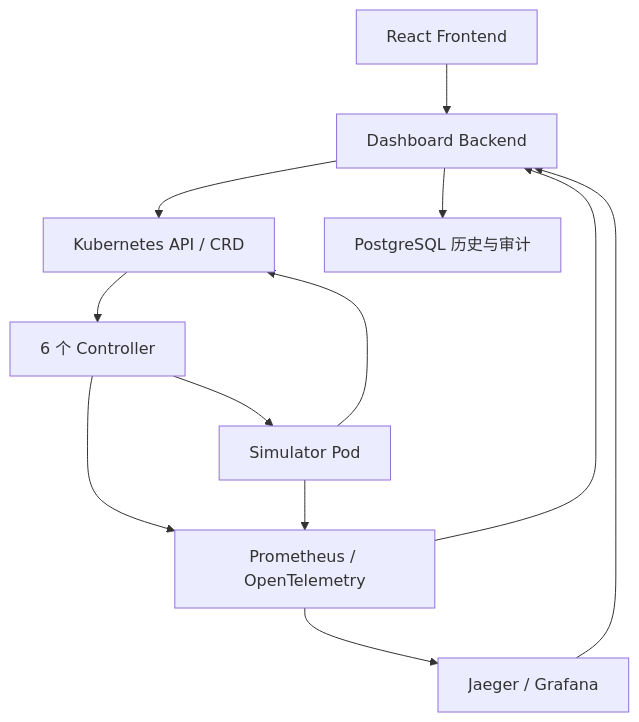
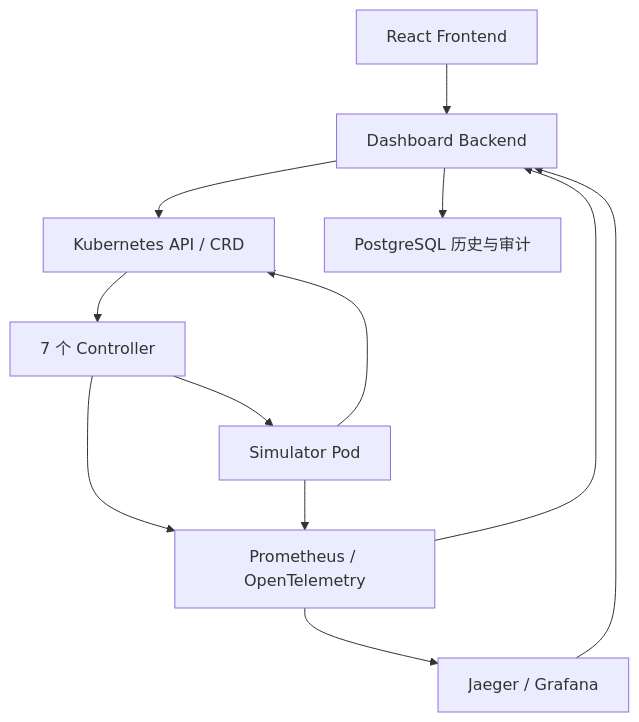
The diagram in README.md (3900563672/hello-k8s-ai), drawn with Mermaid before and after one commit. The commit also changed other lines of this file and 86 other files, not shown here.

````diff
--- a/README.md
+++ b/README.md
@@ -63,14 +63,14 @@
 ```mermaid
 flowchart TB
   F["React Frontend"] --> B["Dashboard Backend"]
   B --> K["Kubernetes API / CRD"]
   B --> D["PostgreSQL 历史与审计"]
-  K --> C["6 个 Controller"]
+  K --> C["7 个 Controller"]
   C --> S["Simulator Pod"]
   S --> K
   C --> O["Prometheus / OpenTelemetry"]
   S --> O
   O --> J["Jaeger / Grafana"]
   O --> B
   J --> B
 ```
````
